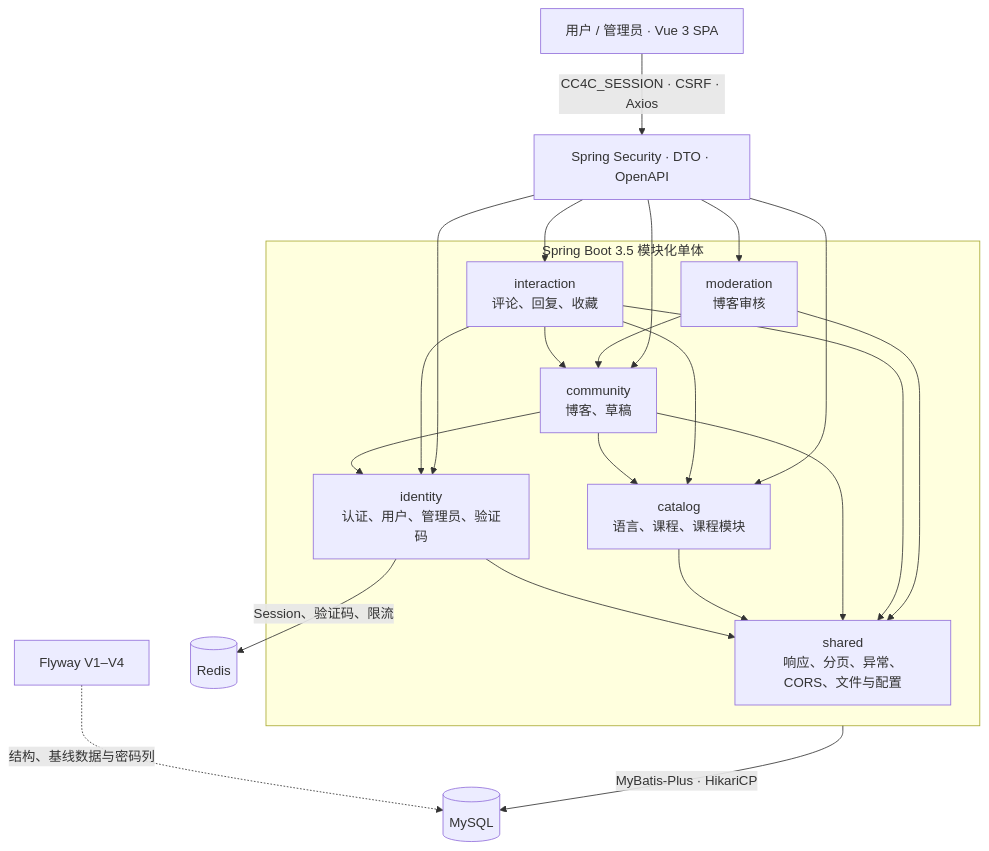
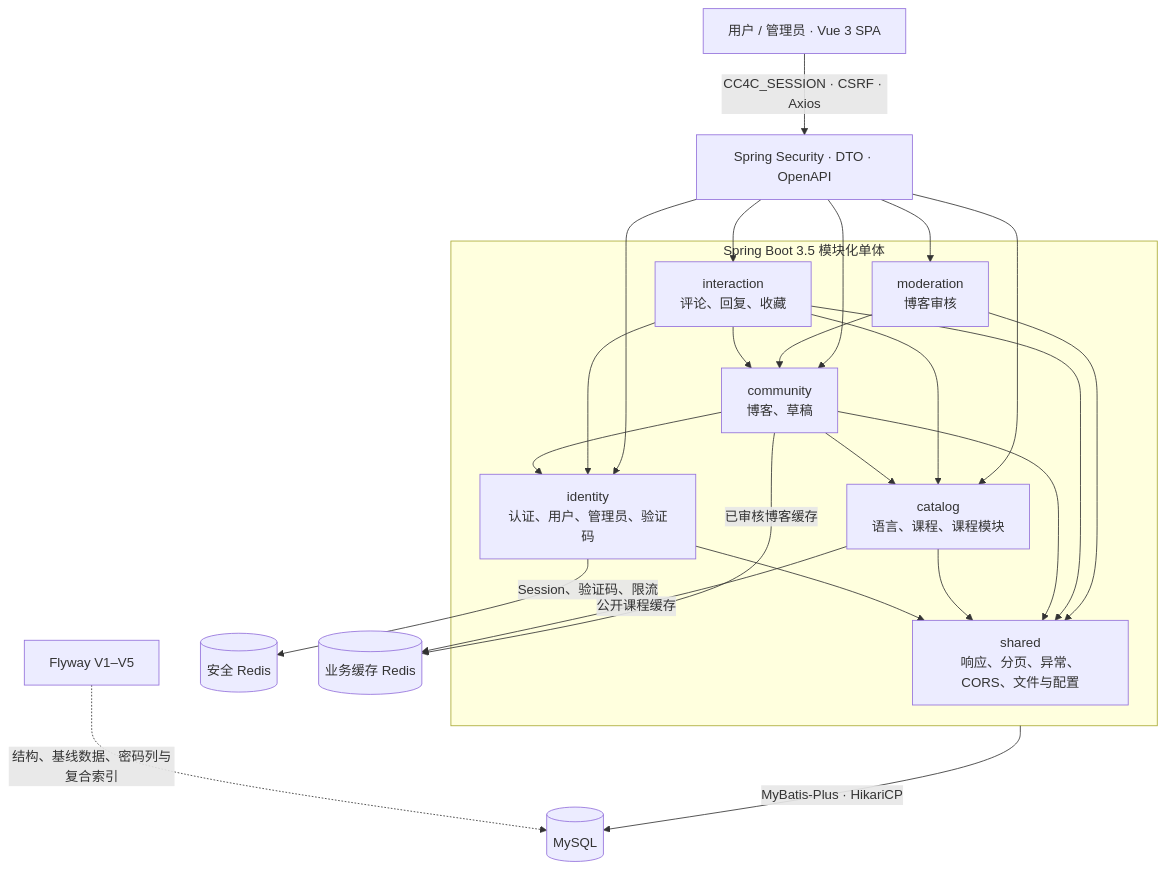
The diagram in README.md (Jaily16/CC4C), drawn with Mermaid before and after one commit. The commit also changed other lines of this file and 40 other files, not shown here.

````diff
--- a/README.md
+++ b/README.md
@@ -119,34 +119,36 @@
 ```mermaid
 flowchart TB
     Browser[用户 / 管理员 · Vue 3 SPA] -->|CC4C_SESSION · CSRF · Axios| HTTP[Spring Security · DTO · OpenAPI]
 
     subgraph Backend[Spring Boot 3.5 模块化单体]
         Shared[shared<br/>响应、分页、异常、CORS、文件与配置]
         Identity[identity<br/>认证、用户、管理员、验证码]
         Catalog[catalog<br/>语言、课程、课程模块]
         Community[community<br/>博客、草稿]
         Interaction[interaction<br/>评论、回复、收藏]
         Moderation[moderation<br/>博客审核]
 
         Identity --> Shared
         Catalog --> Shared
         Community --> Shared
         Community --> Identity
         Community --> Catalog
         Interaction --> Shared
         Interaction --> Identity
         Interaction --> Catalog
         Interaction --> Community
         Moderation --> Shared
         Moderation --> Community
     end
 
     HTTP --> Identity
     HTTP --> Catalog
     HTTP --> Community
     HTTP --> Interaction
     HTTP --> Moderation
     Backend -->|MyBatis-Plus · HikariCP| DB[(MySQL)]
-    Identity -->|Session、验证码、限流| Redis[(Redis)]
-    Flyway[Flyway V1–V4] -. 结构、基线数据与密码列 .-> DB
+    Identity -->|Session、验证码、限流| SecurityRedis[(安全 Redis)]
+    Catalog -->|公开课程缓存| BusinessRedis[(业务缓存 Redis)]
+    Community -->|已审核博客缓存| BusinessRedis
+    Flyway[Flyway V1–V5] -. 结构、基线数据、密码列与复合索引 .-> DB
 ```
````
